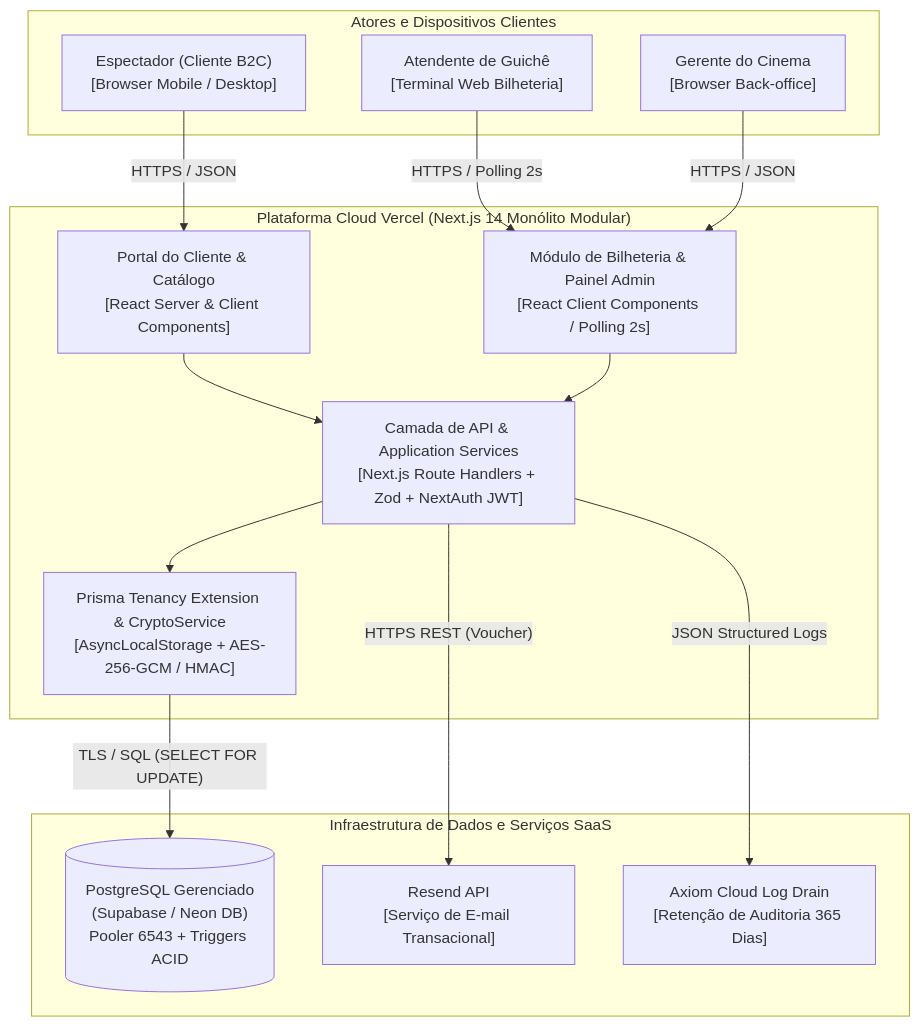
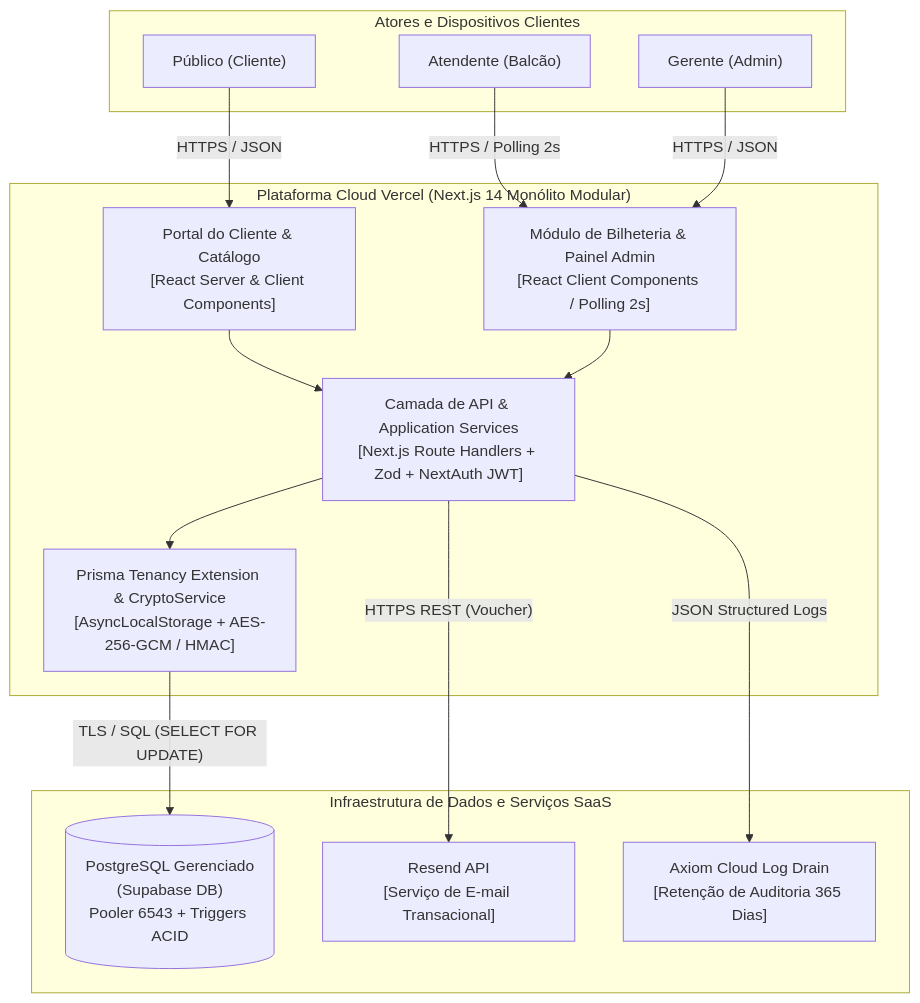
The eighth of 13 diagrams in manual/manual-processos-software.md (CINESOFT-SOLUTIONS/manual-processos-software), drawn with Mermaid before and after one commit. The commit also changed other lines of this file and 19 other files, not shown here.

````diff
--- a/manual/manual-processos-software.md
+++ b/manual/manual-processos-software.md
@@ -1076,32 +1685,32 @@
 ```mermaid
 flowchart TB
     subgraph Usuarios["Atores e Dispositivos Clientes"]
-        Esp["Espectador (Cliente B2C)\n[Browser Mobile / Desktop]"]
-        Atd["Atendente de Guichê\n[Terminal Web Bilheteria]"]
-        Ger["Gerente do Cinema\n[Browser Back-office]"]
+        Esp["Público (Cliente)"]
+        Atd["Atendente (Balcão)"]
+        Ger["Gerente (Admin)"]
     end
 
     subgraph Vercel["Plataforma Cloud Vercel (Next.js 14 Monólito Modular)"]
         UI_Portal["Portal do Cliente & Catálogo\n[React Server & Client Components]"]
         UI_Bilh["Módulo de Bilheteria & Painel Admin\n[React Client Components / Polling 2s]"]
         API["Camada de API & Application Services\n[Next.js Route Handlers + Zod + NextAuth JWT]"]
         Tenancy["Prisma Tenancy Extension & CryptoService\n[AsyncLocalStorage + AES-256-GCM / HMAC]"]
     end
 
     subgraph Externos["Infraestrutura de Dados e Serviços SaaS"]
-        DB[("PostgreSQL Gerenciado\n(Supabase / Neon DB)\nPooler 6543 + Triggers ACID")]
+        DB[("PostgreSQL Gerenciado\n(Supabase DB)\nPooler 6543 + Triggers ACID")]
         Resend["Resend API\n[Serviço de E-mail Transacional]"]
         Axiom["Axiom Cloud Log Drain\n[Retenção de Auditoria 365 Dias]"]
     end
 
     Esp -->|"HTTPS / JSON"| UI_Portal
     Atd -->|"HTTPS / Polling 2s"| UI_Bilh
     Ger -->|"HTTPS / JSON"| UI_Bilh
 
     UI_Portal --> API
     UI_Bilh --> API
     API --> Tenancy
     Tenancy -->|"TLS / SQL (SELECT FOR UPDATE)"| DB
     API -->|"HTTPS REST (Voucher)"| Resend
     API -->|"JSON Structured Logs"| Axiom
 ```
````
